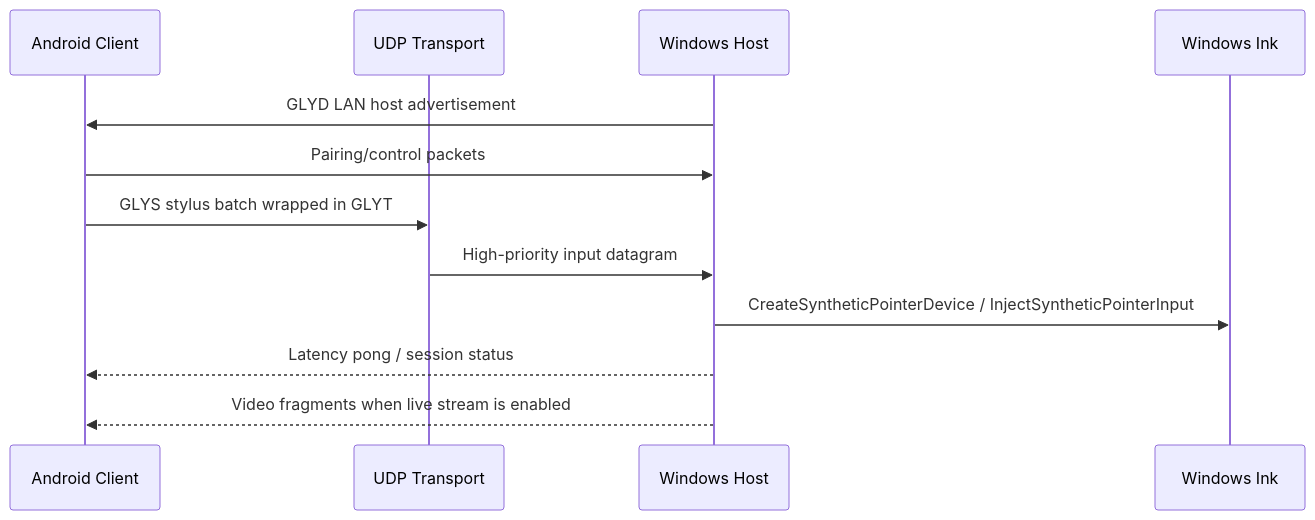
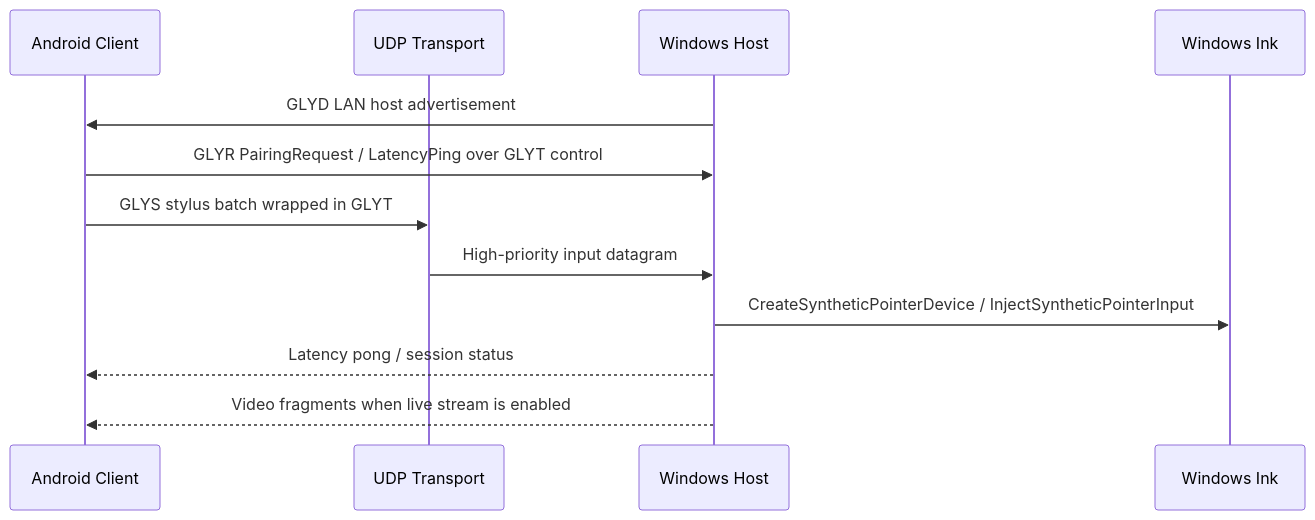
One commit to lingmulongtai/GlyphRay changed the fourth of 5 diagrams in README.md. Above: the diagram before and after it, drawn with Mermaid. The commit also changed other lines of this file and 11 other files, not shown here.

Commit message:
feat: implement Android control channel with pairing request and latency ping functionality

````diff
--- a/README.md
+++ b/README.md
@@ -111,15 +111,15 @@
 ```mermaid
 sequenceDiagram
   participant A as Android Client
   participant T as UDP Transport
   participant H as Windows Host
   participant W as Windows Ink
 
   H->>A: GLYD LAN host advertisement
-  A->>H: Pairing/control packets
+  A->>H: GLYR PairingRequest / LatencyPing over GLYT control
   A->>T: GLYS stylus batch wrapped in GLYT
   T->>H: High-priority input datagram
   H->>W: CreateSyntheticPointerDevice / InjectSyntheticPointerInput
   H-->>A: Latency pong / session status
   H-->>A: Video fragments when live stream is enabled
 ```
````
